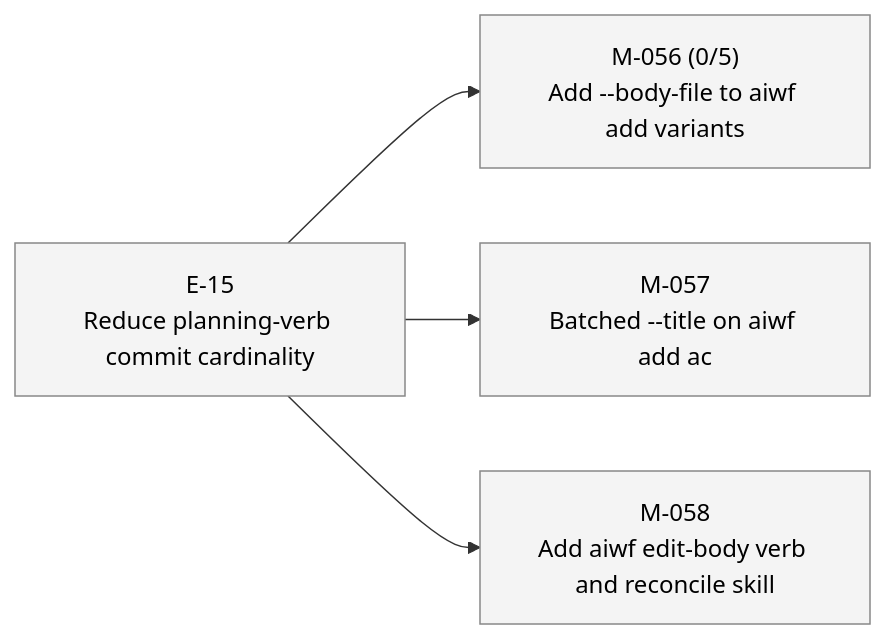
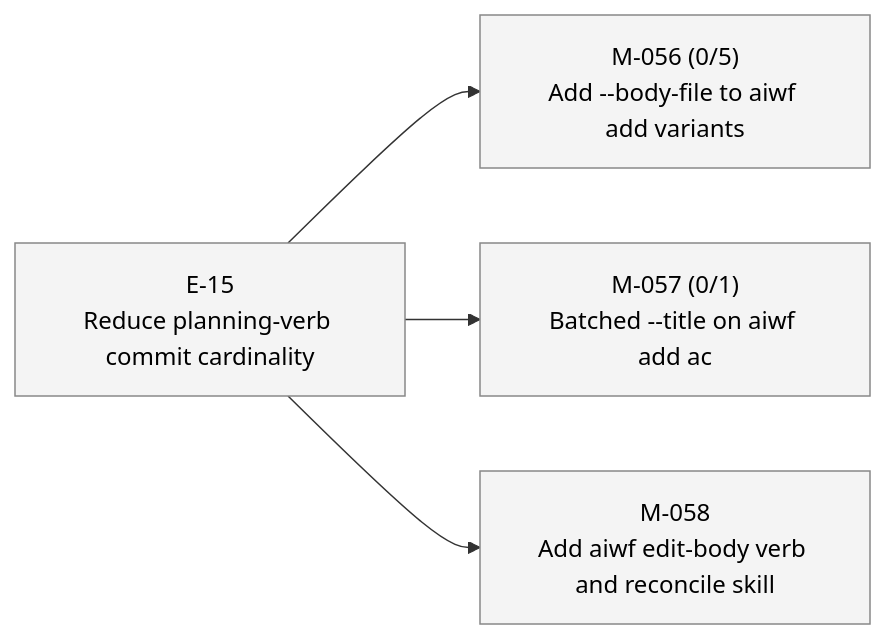
One commit to 23min/aiwf changed the third of 3 diagrams in STATUS.md. Above: the diagram before and after it, drawn with Mermaid. The commit also changed other lines of this file and 1 other file, not shown here.

First line of the commit message:
aiwf add ac M-057/AC-1 "Repeated --title flag accepted on aiwf add ac M-NNN"

````diff
--- a/STATUS.md
+++ b/STATUS.md
@@ -69,16 +69,16 @@
 ```mermaid
 flowchart LR
   E_15["E-15<br/>Reduce planning-verb commit cardinality"]:::epic_proposed
   M_056["M-056 (0/5)<br/>Add --body-file to aiwf add variants"]:::ms_draft
   E_15 --> M_056
-  M_057["M-057<br/>Batched --title on aiwf add ac"]:::ms_draft
+  M_057["M-057 (0/1)<br/>Batched --title on aiwf add ac"]:::ms_draft
   E_15 --> M_057
   M_058["M-058<br/>Add aiwf edit-body verb and reconcile skill"]:::ms_draft
   E_15 --> M_058
   classDef epic_active fill:#d6eaff,stroke:#1a73e8,color:#000
   classDef epic_proposed fill:#f4f4f4,stroke:#888,color:#000
   classDef ms_done fill:#d8f5d8,stroke:#2a8a2a,color:#000
   classDef ms_in_progress fill:#fff3c4,stroke:#caa400,color:#000
   classDef ms_draft fill:#f4f4f4,stroke:#888,color:#000
   classDef ms_cancelled fill:#fbeaea,stroke:#c33,color:#000
 ```
````
